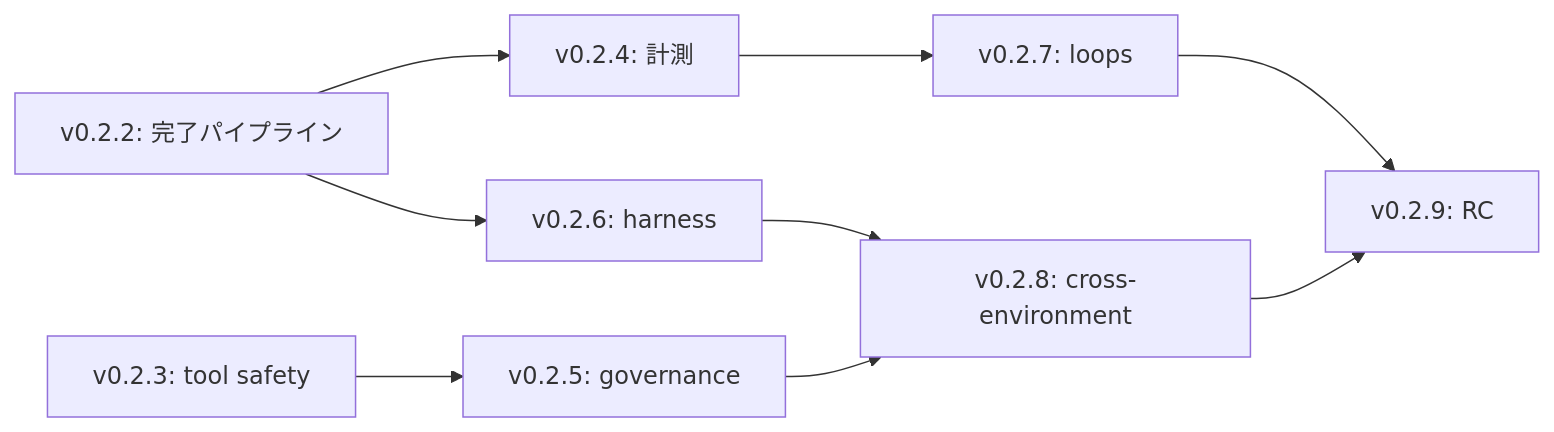
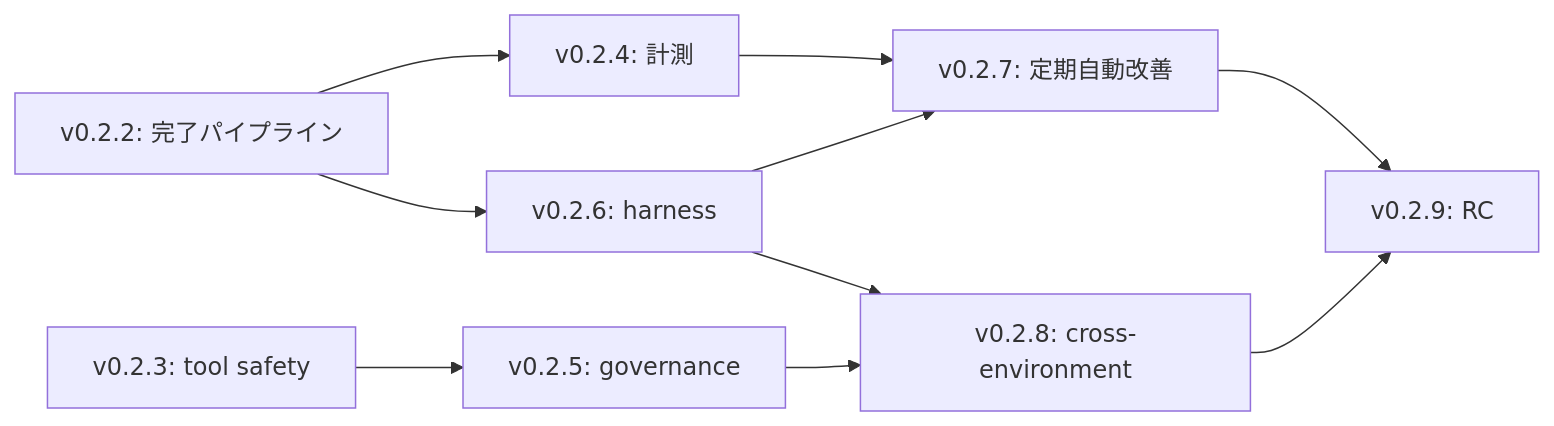
The diagram in docs/planning/requirements/2026-08-03-v0.3-requirements-and-v0.2-roadmap.md (rytich/agentic-startup), drawn with Mermaid before and after one commit. The commit also changed other lines of this file, not shown here.

Commit message:
docs: define v0.2.7 continuous improvement loops

````diff
--- a/docs/planning/requirements/2026-08-03-v0.3-requirements-and-v0.2-roadmap.md
+++ b/docs/planning/requirements/2026-08-03-v0.3-requirements-and-v0.2-roadmap.md
@@ -86,11 +86,12 @@
 ```mermaid
 flowchart LR
   V22["v0.2.2: 完了パイプライン"] --> V24["v0.2.4: 計測"]
   V22 --> V26["v0.2.6: harness"]
   V23["v0.2.3: tool safety"] --> V25["v0.2.5: governance"]
-  V24 --> V27["v0.2.7: loops"]
+  V24 --> V27["v0.2.7: 定期自動改善"]
+  V26 --> V27
   V25 --> V28["v0.2.8: cross-environment"]
   V26 --> V28
   V27 --> V29["v0.2.9: RC"]
   V28 --> V29
 ```
````
